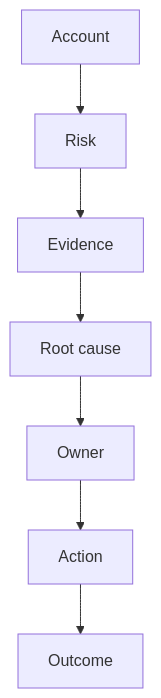
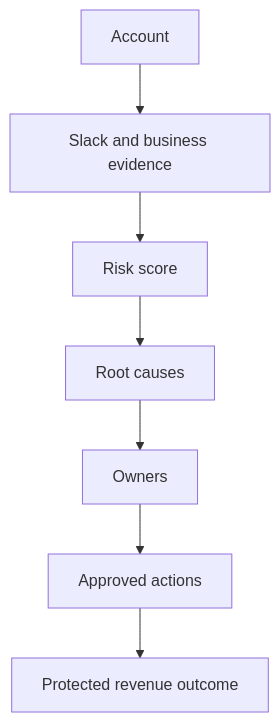
One commit to arpitraval/rescueops-revenue-rescue-agent changed the second of 2 diagrams in ARCHITECTURE.md. Above: the diagram before and after it, drawn with Mermaid. The commit also changed other lines of this file and 5 other files, not shown here.

````diff
--- a/ARCHITECTURE.md
+++ b/ARCHITECTURE.md
@@ -32,9 +31,9 @@
 ```mermaid
 flowchart TD
-    A["Account"] --> B["Risk"]
-    B --> C["Evidence"]
-    C --> D["Root cause"]
-    D --> E["Owner"]
-    E --> F["Action"]
-    F --> G["Outcome"]
+    A["Account"] --> B["Slack and business evidence"]
+    B --> C["Risk score"]
+    C --> D["Root causes"]
+    D --> E["Owners"]
+    E --> F["Approved actions"]
+    F --> G["Protected revenue outcome"]
 ```
````
